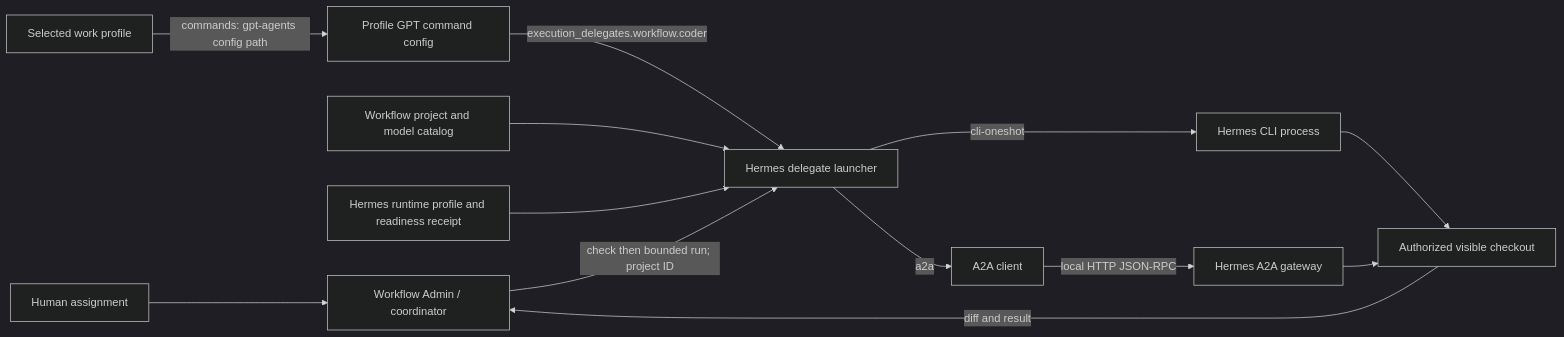
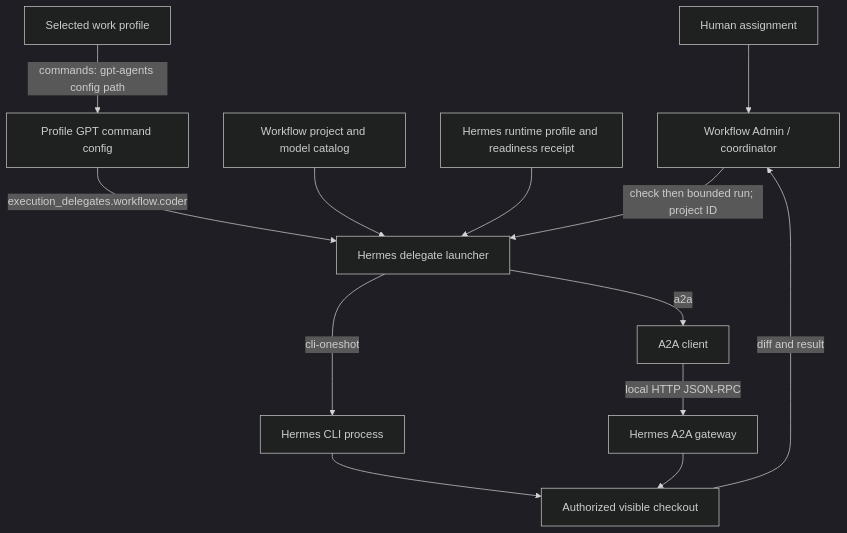
The first of 2 diagrams in ai-commands/system/hermes-agents/delegation-architecture.md (starodubtsevconsulting/ai-fleas), drawn with Mermaid (dark theme) before and after one commit.

Commit message:
Use vertical layout for delegation architecture flowchart

````diff
--- a/ai-commands/system/hermes-agents/delegation-architecture.md
+++ b/ai-commands/system/hermes-agents/delegation-architecture.md
@@ -7,15 +7,15 @@
 ```mermaid
-flowchart LR
+flowchart TB
   H[Human assignment] --> A[Workflow Admin / coordinator]
   P[Selected work profile] -->|commands: gpt-agents config path| G[Profile GPT command config]
   G -->|execution_delegates.workflow.coder| L[Hermes delegate launcher]
   W[Workflow project and model catalog] --> L
   R[Hermes runtime profile and readiness receipt] --> L
   A -->|check then bounded run; project ID| L
   L -->|cli-oneshot| C[Hermes CLI process]
   L -->|a2a| X[A2A client]
   X -->|local HTTP JSON-RPC| Y[Hermes A2A gateway]
   C --> F[Authorized visible checkout]
   Y --> F
   F -->|diff and result| A
 ```
````
